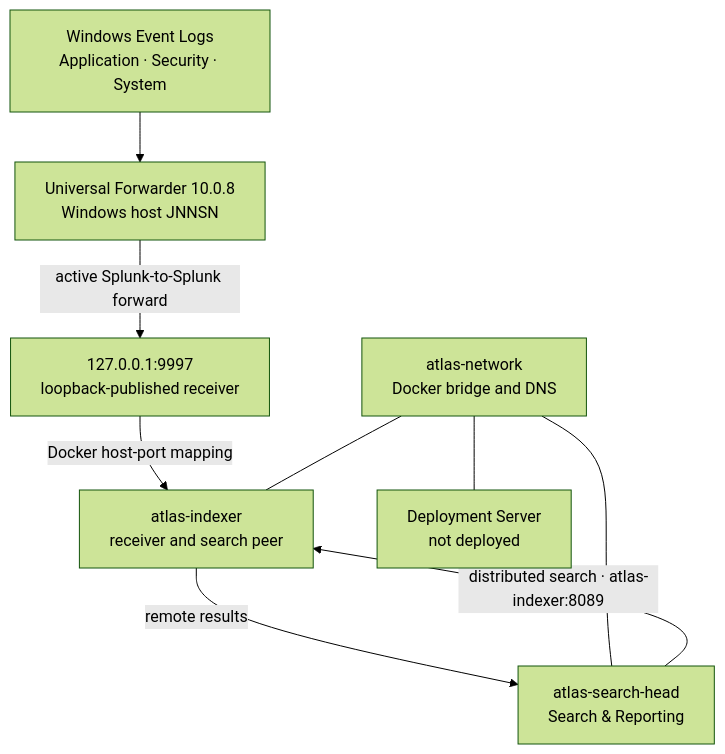
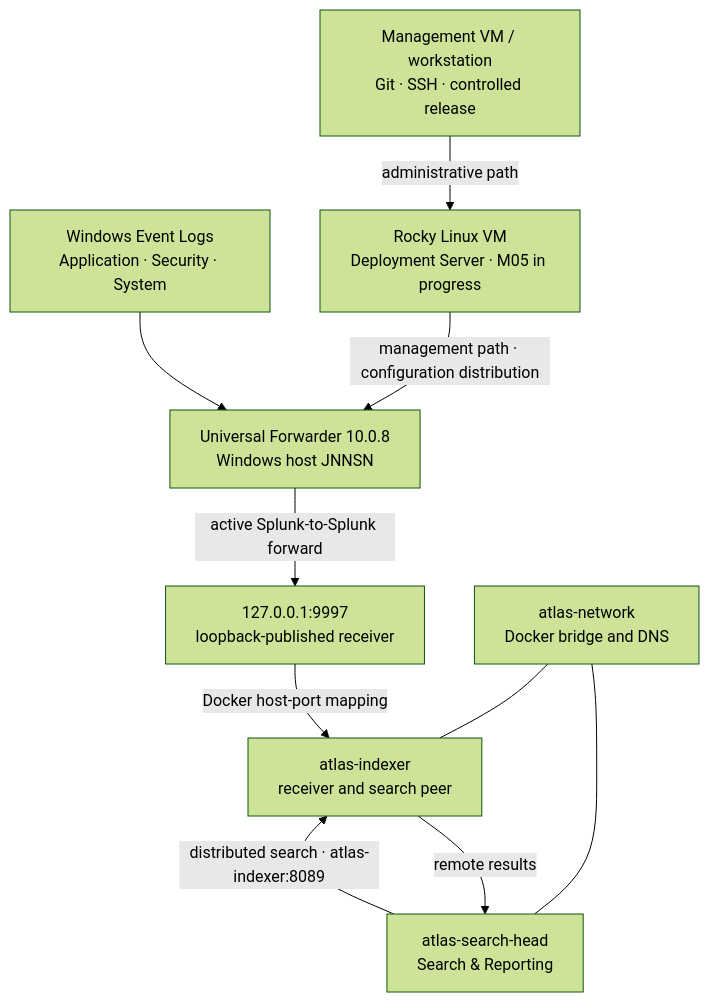
One commit to jannsenagustin/resumeops changed the diagram in docs/architecture.md. Above: the diagram before and after it, drawn with Mermaid (forest theme). The commit also changed other lines of this file and 15 other files, not shown here.

````diff
--- a/docs/architecture.md
+++ b/docs/architecture.md
@@ -11,18 +11,20 @@
 ```mermaid
 flowchart TB
     Logs["Windows Event Logs<br/>Application · Security · System"]
     UF["Universal Forwarder 10.0.8<br/>Windows host JNNSN"]
     Loopback["127.0.0.1:9997<br/>loopback-published receiver"]
     IDX["atlas-indexer<br/>receiver and search peer"]
     SH["atlas-search-head<br/>Search & Reporting"]
     Network["atlas-network<br/>Docker bridge and DNS"]
-    DS["Deployment Server<br/>not deployed"]
+    DS["Rocky Linux VM<br/>Deployment Server · M05 in progress"]
+    Admin["Management VM / workstation<br/>Git · SSH · controlled release"]
 
     Logs --> UF -->|"active Splunk-to-Splunk forward"| Loopback
     Loopback -->|"Docker host-port mapping"| IDX
     SH -->|"distributed search · atlas-indexer:8089"| IDX
     IDX -->|"remote results"| SH
     Network --- SH
     Network --- IDX
-    Network --- DS
+    DS -->|"management path · configuration distribution"| UF
+    Admin -->|"administrative path"| DS
 ```
````
